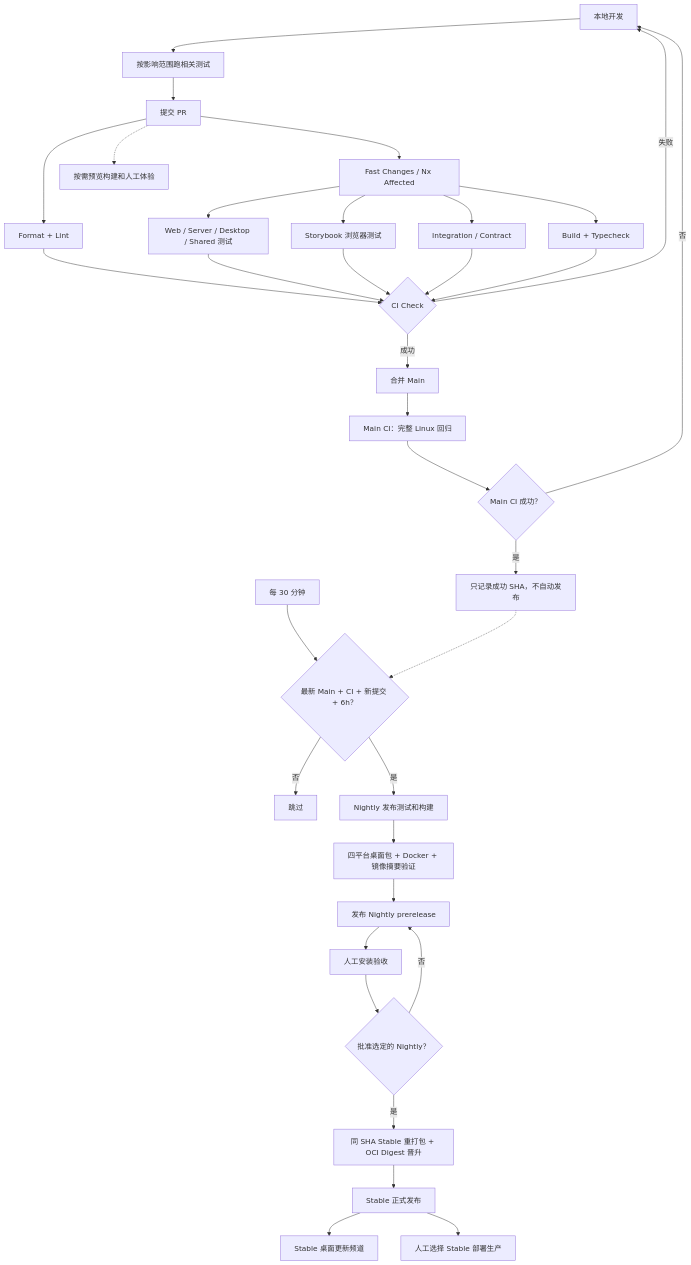
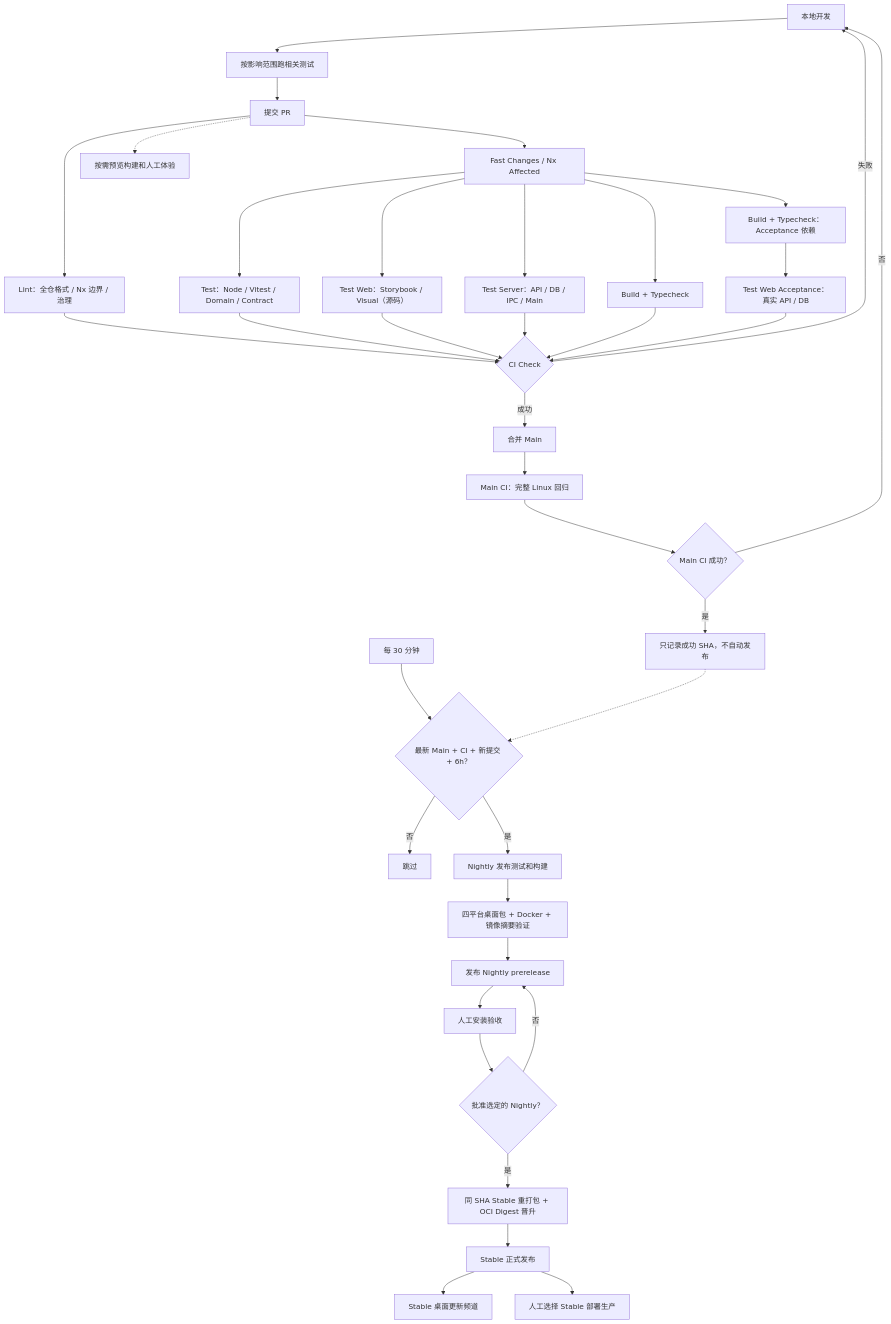
Before and after one commit to BakerSean168/memoflow: the diagram in docs/deployment/ci-cd-nightly-stable-vnext.md, drawn with Mermaid. The commit also changed other lines of this file and 35 other files, not shown here.

````diff
--- a/docs/deployment/ci-cd-nightly-stable-vnext.md
+++ b/docs/deployment/ci-cd-nightly-stable-vnext.md
@@ -7,36 +7,39 @@
 ```mermaid
 flowchart TD
   Dev["本地开发"] --> Local["按影响范围跑相关测试"]
   Local --> PR["提交 PR"]
   PR --> Scope["Fast Changes / Nx Affected"]
-  PR --> Static["Format + Lint"]
+  PR --> Static["Lint：全仓格式 / Nx 边界 / 治理"]
   PR -.-> Preview["按需预览构建和人工体验"]
-  Scope --> Tests["Web / Server / Desktop / Shared 测试"]
-  Scope --> Browser["Storybook 浏览器测试"]
-  Scope --> Integration["Integration / Contract"]
+  Scope --> Tests["Test：Node / Vitest / Domain / Contract"]
+  Scope --> Browser["Test Web：Storybook / Visual（源码）"]
+  Scope --> Integration["Test Server：API / DB / IPC / Main"]
+  Scope --> Backend["Build + Typecheck：Acceptance 依赖"]
+  Backend --> Acceptance["Test Web Acceptance：真实 API / DB"]
   Scope --> Build["Build + Typecheck"]
   Static --> Gate{"CI Check"}
   Tests --> Gate
   Browser --> Gate
   Integration --> Gate
   Build --> Gate
+  Acceptance --> Gate
   Gate -->|失败| Dev
   Gate -->|成功| Main["合并 Main"]
   Main --> MainCI["Main CI：完整 Linux 回归"]
   MainCI --> MGate{"Main CI 成功？"}
   MGate -->|否| Dev
   MGate -->|是| Verified["只记录成功 SHA，不自动发布"]
   Timer["每 30 分钟"] --> Ready{"最新 Main + CI + 新提交 + 6h？"}
   Verified -.-> Ready
   Ready -->|否| Skip["跳过"]
   Ready -->|是| NightlyQA["Nightly 发布测试和构建"]
   NightlyQA --> Artifacts["四平台桌面包 + Docker + 镜像摘要验证"]
   Artifacts --> Nightly["发布 Nightly prerelease"]
   Nightly --> Human["人工安装验收"]
   Human --> Approve{"批准选定的 Nightly？"}
   Approve -->|否| Nightly
   Approve -->|是| StableBuild["同 SHA Stable 重打包 + OCI Digest 晋升"]
   StableBuild --> Stable["Stable 正式发布"]
   Stable --> Desktop["Stable 桌面更新频道"]
   Stable --> Deploy["人工选择 Stable 部署生产"]
 ```
````
